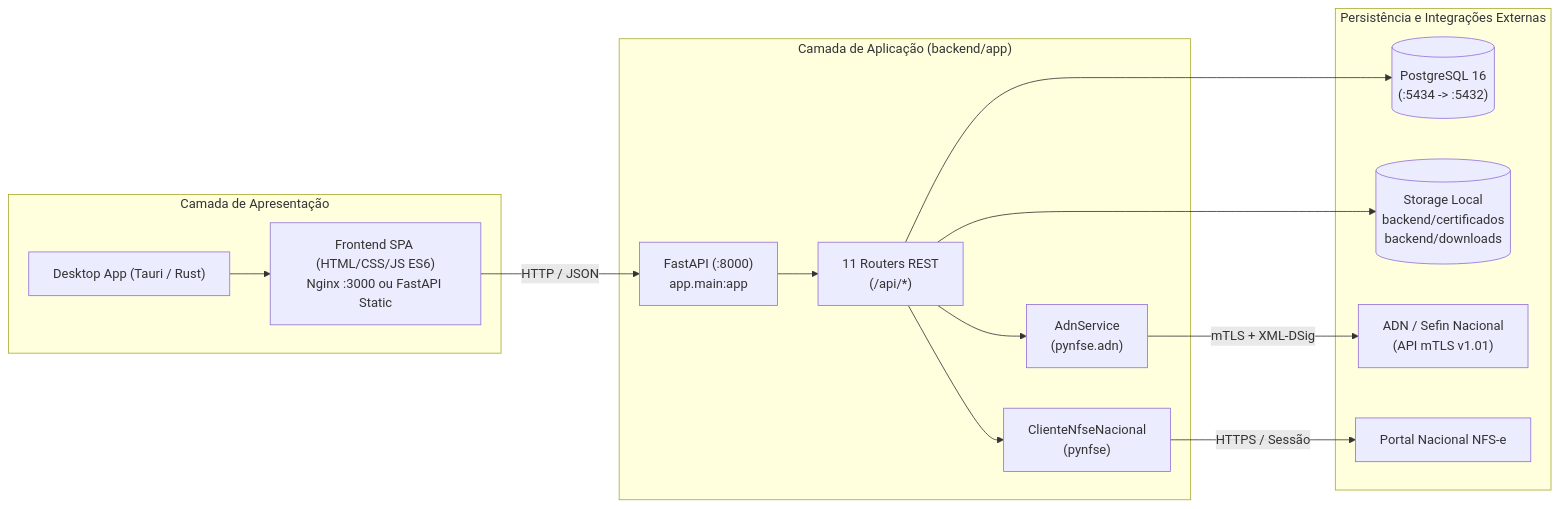
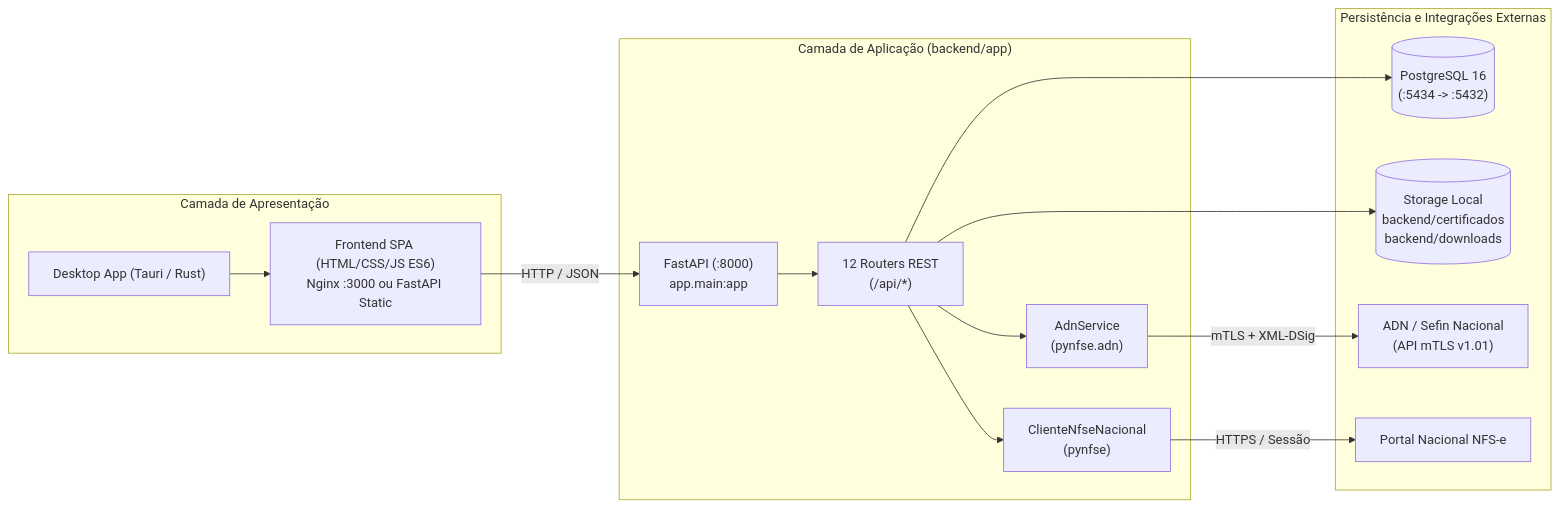
Before and after one commit to cleitonleonel/nfse_manager: the diagram in README.md, drawn with Mermaid. The commit also changed other lines of this file and 54 other files, not shown here.

````diff
--- a/README.md
+++ b/README.md
@@ -78,31 +81,31 @@
 ```mermaid
 flowchart LR
     subgraph Client["Camada de Apresentação"]
         SPA["Frontend SPA (HTML/CSS/JS ES6)<br/>Nginx :3000 ou FastAPI Static"]
         Tauri["Desktop App (Tauri / Rust)"]
     end
 
     subgraph Backend["Camada de Aplicação (backend/app)"]
         API["FastAPI (:8000)<br/>app.main:app"]
-        Routers["11 Routers REST<br/>(/api/*)"]
+        Routers["12 Routers REST<br/>(/api/*)"]
         AdnSvc["AdnService<br/>(pynfse.adn)"]
         PortalBot["ClienteNfseNacional<br/>(pynfse)"]
     end
 
     subgraph Infra["Persistência e Integrações Externas"]
         PG[("PostgreSQL 16<br/>(:5434 -> :5432)")]
         FS[("Storage Local<br/>backend/certificados<br/>backend/downloads")]
         ADN["ADN / Sefin Nacional<br/>(API mTLS v1.01)"]
         Portal["Portal Nacional NFS-e"]
     end
 
     Tauri --> SPA
     SPA -->|HTTP / JSON| API
     API --> Routers
     Routers --> PG
     Routers --> FS
     Routers --> AdnSvc
     Routers --> PortalBot
     AdnSvc -->|mTLS + XML-DSig| ADN
     PortalBot -->|HTTPS / Sessão| Portal
 ```
````
